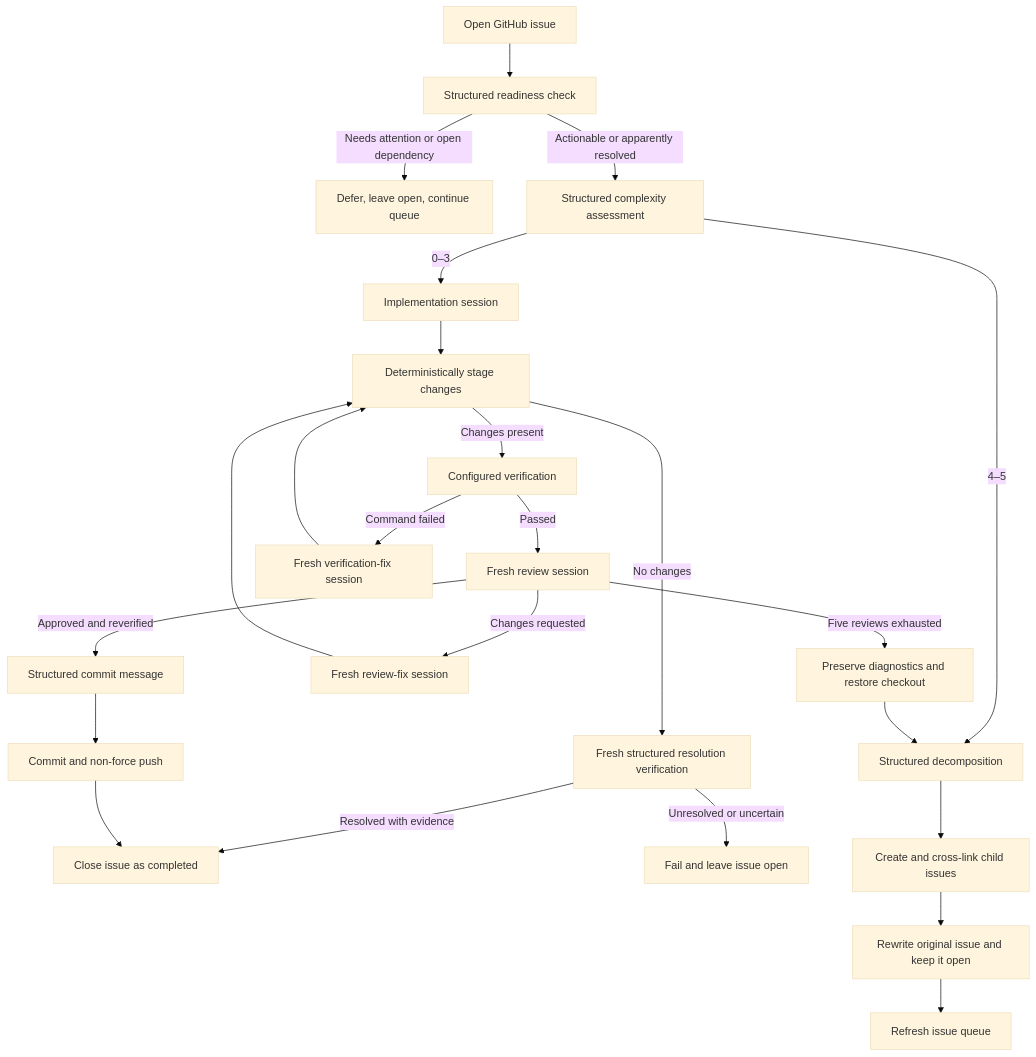
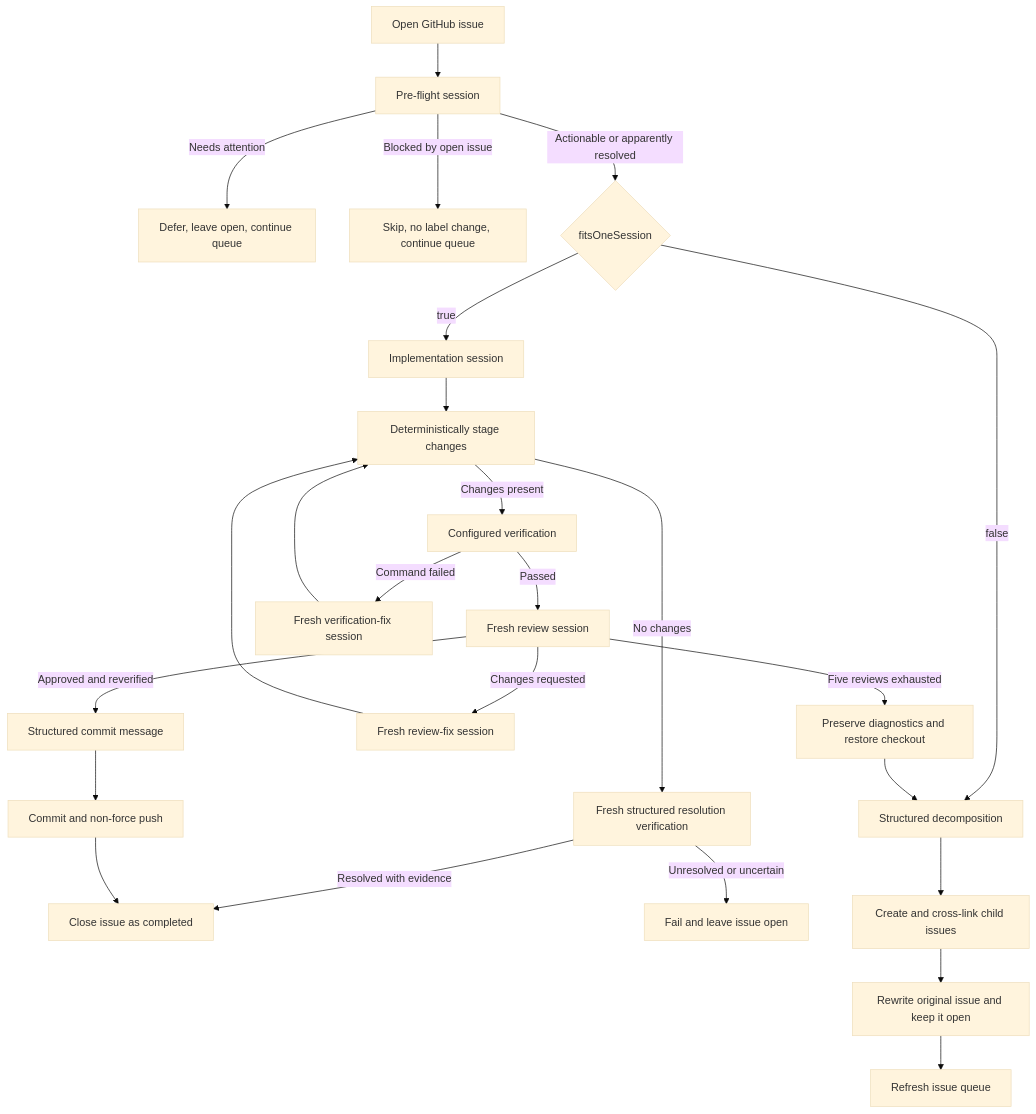
The first of 3 diagrams in docs/workflows.md (beremaran/ralphie), drawn with Mermaid (base theme) before and after one commit. The commit also changed other lines of this file and 20 other files, not shown here.

First line of the commit message:
Replace grounding and complexity sessions with one pre-flight session

````diff
--- a/docs/workflows.md
+++ b/docs/workflows.md
@@ -24,26 +40,27 @@
 ```mermaid
 flowchart TD
-    A[Open GitHub issue] --> Z[Structured readiness check]
-    Z -->|Needs attention or open dependency| Y[Defer, leave open, continue queue]
-    Z -->|Actionable or apparently resolved| B[Structured complexity assessment]
-    B -->|0–3| C[Implementation session]
+    A[Open GitHub issue] --> Z[Pre-flight session]
+    Z -->|Needs attention| Y[Defer, leave open, continue queue]
+    Z -->|Blocked by open issue| W[Skip, no label change, continue queue]
+    Z -->|Actionable or apparently resolved| B{fitsOneSession}
+    B -->|true| C[Implementation session]
     C --> D[Deterministically stage changes]
     D -->|Changes present| V[Configured verification]
     V -->|Passed| E[Fresh review session]
     V -->|Command failed| R[Fresh verification-fix session]
     R --> D
     D -->|No changes| N[Fresh structured resolution verification]
     N -->|Resolved with evidence| O[Close issue as completed]
     N -->|Unresolved or uncertain| P[Fail and leave issue open]
     E -->|Approved and reverified| F[Structured commit message]
     E -->|Changes requested| G[Fresh review-fix session]
     G --> D
     E -->|Five reviews exhausted| H[Preserve diagnostics and restore checkout]
-    B -->|4–5| I[Structured decomposition]
+    B -->|false| I[Structured decomposition]
     H --> I
     I --> J[Create and cross-link child issues]
     J --> K[Rewrite original issue and keep it open]
     K --> L[Refresh issue queue]
     F --> M[Commit and non-force push]
     M --> O
 ```
````
